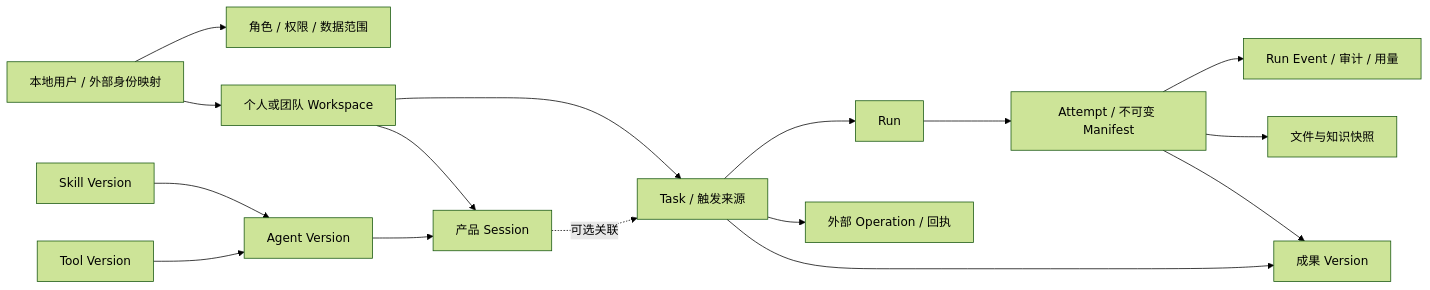
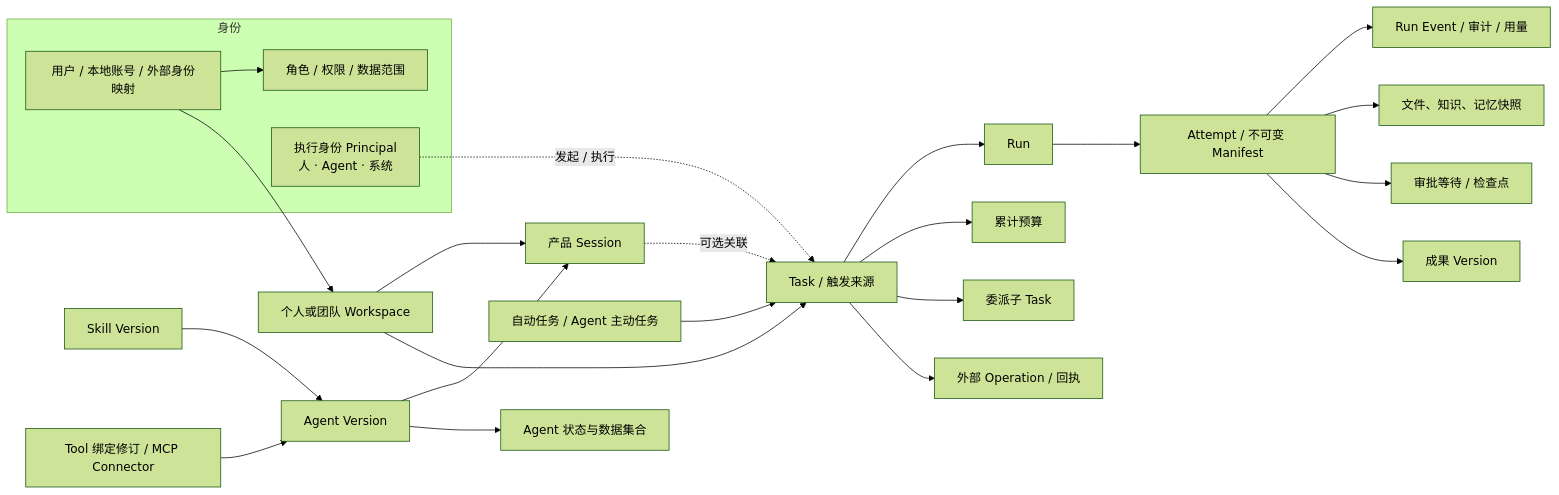
The first of 3 diagrams in docs/design/data-model.md (globalsinocode/dsh-work), drawn with Mermaid (forest theme) before and after one commit. The commit also changed other lines of this file and 2 other files, not shown here.

First line of the commit message:
docs: describe all 108 tables in the data model and keep it complete

````diff
--- a/docs/design/data-model.md
+++ b/docs/design/data-model.md
@@ -7,18 +9,25 @@
 ```mermaid
 flowchart LR
-  Users[本地用户 / 外部身份映射] --> Roles[角色 / 权限 / 数据范围]
+  subgraph 身份
+    Users[用户 / 本地账号 / 外部身份映射] --> Roles[角色 / 权限 / 数据范围]
+    Principal[执行身份 Principal<br/>人 · Agent · 系统]
+  end
   Users --> Workspace[个人或团队 Workspace]
   Workspace --> Session[产品 Session]
   Workspace --> Task[Task / 触发来源]
   Session -. 可选关联 .-> Task
-  Task --> Run[Run]
-  Run --> Attempt[Attempt / 不可变 Manifest]
+  Task --> Run[Run] --> Attempt[Attempt / 不可变 Manifest]
+  Task --> Budget[累计预算]
+  Task --> Delegation[委派子 Task]
+  Principal -. 发起 / 执行 .-> Task
   Agent[Agent Version] --> Session
   Skill[Skill Version] --> Agent
-  Tool[Tool Version] --> Agent
+  Tool[Tool 绑定修订 / MCP Connector] --> Agent
   Attempt --> Events[Run Event / 审计 / 用量]
-  Attempt --> Sources[文件与知识快照]
+  Attempt --> Sources[文件、知识、记忆快照]
+  Attempt --> Wait[审批等待 / 检查点]
   Attempt --> Artifact[成果 Version]
-  Task --> Artifact
+  Agent --> Data[Agent 状态与数据集合]
+  Automation[自动任务 / Agent 主动任务] --> Task
   Task --> Operation[外部 Operation / 回执]
 ```
````
